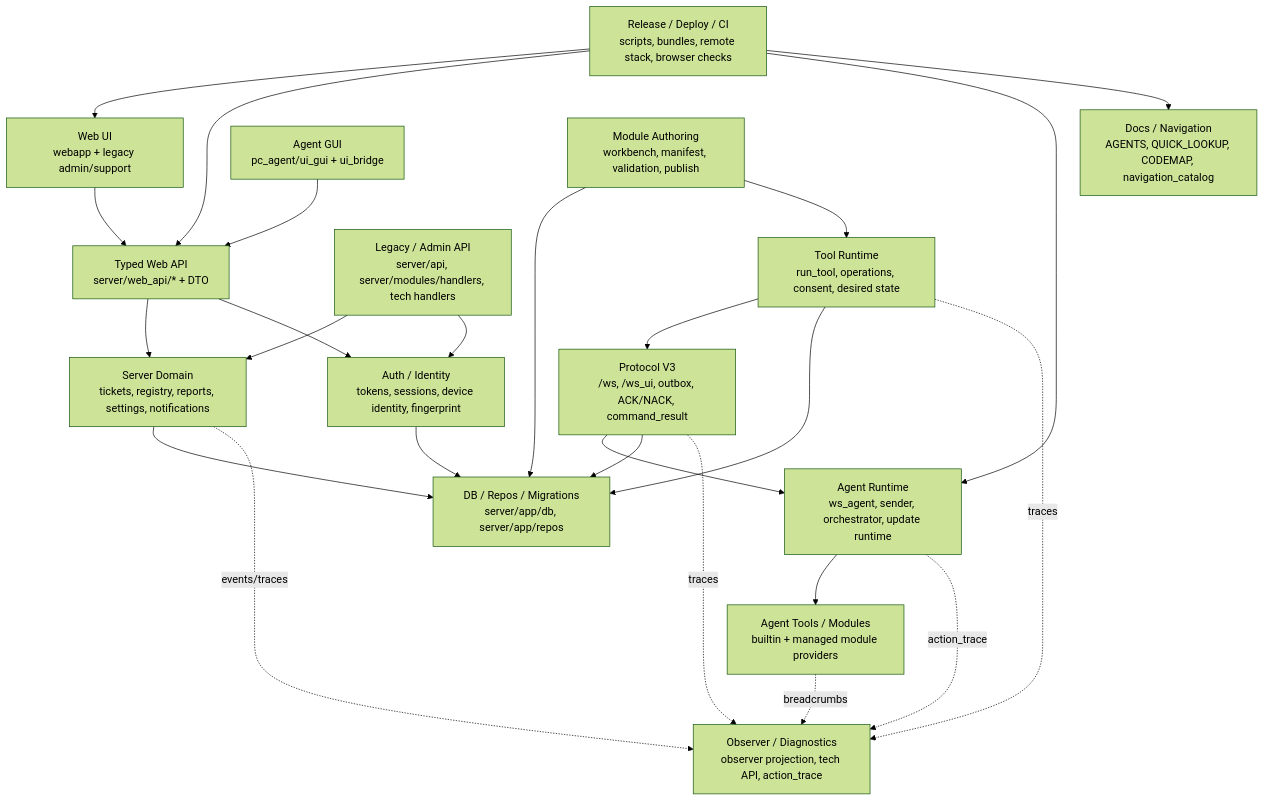
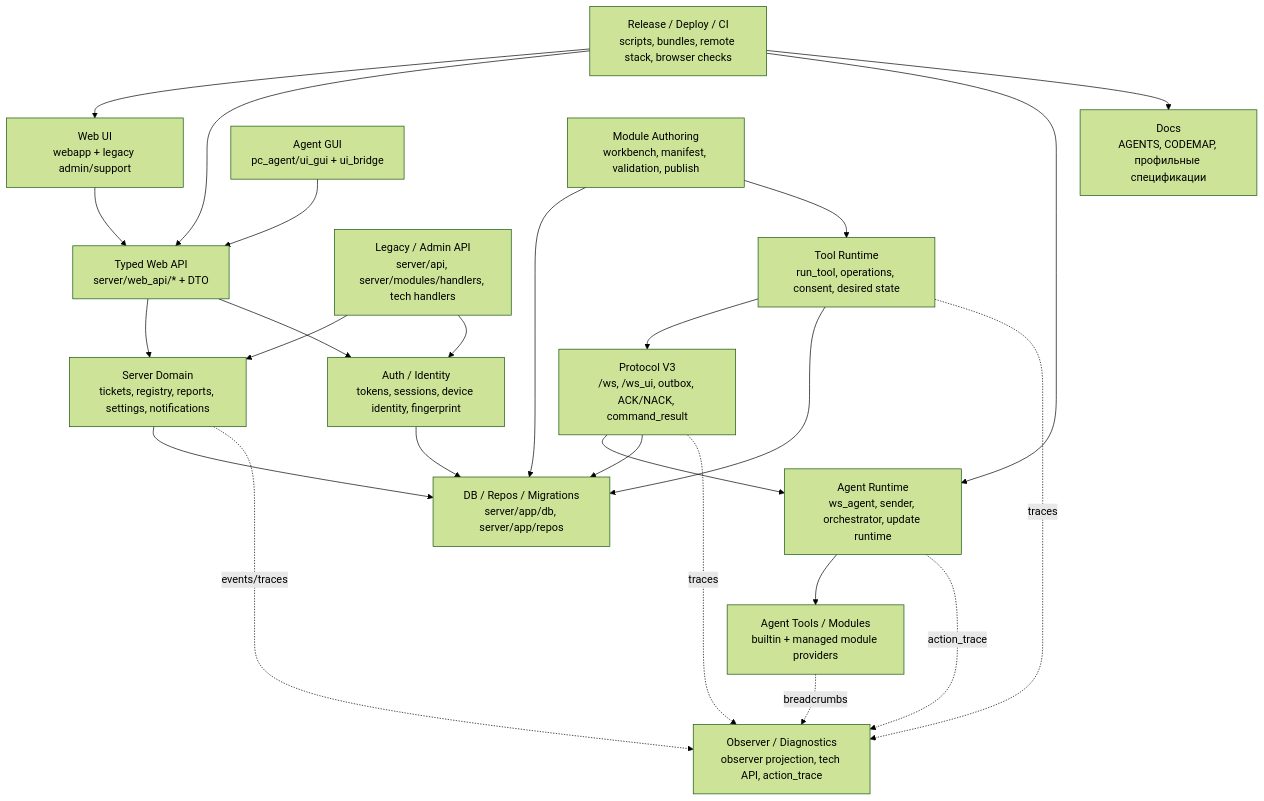
Before and after one commit to BorisDruzak/helpdesk: the diagram in docs/ARCHITECTURE_BOUNDARIES.md, drawn with Mermaid (forest theme). The commit also changed other lines of this file and 74 other files, not shown here.

````diff
--- a/docs/ARCHITECTURE_BOUNDARIES.md
+++ b/docs/ARCHITECTURE_BOUNDARIES.md
@@ -27,53 +25,53 @@
 ```mermaid
 flowchart TB
-    Docs["Docs / Navigation<br/>AGENTS, QUICK_LOOKUP, CODEMAP, navigation_catalog"]
+    Docs["Docs<br/>AGENTS, CODEMAP, профильные спецификации"]
 
     Web["Web UI<br/>webapp + legacy admin/support"]
     Gui["Agent GUI<br/>pc_agent/ui_gui + ui_bridge"]
 
     WebApi["Typed Web API<br/>server/web_api/* + DTO"]
     LegacyApi["Legacy / Admin API<br/>server/api, server/modules/handlers, tech handlers"]
 
     Domain["Server Domain<br/>tickets, registry, reports, settings, notifications"]
     Auth["Auth / Identity<br/>tokens, sessions, device identity, fingerprint"]
     DB["DB / Repos / Migrations<br/>server/app/db, server/app/repos"]
 
     ModuleAuthor["Module Authoring<br/>workbench, manifest, validation, publish"]
     ToolRuntime["Tool Runtime<br/>run_tool, operations, consent, desired state"]
 
     Protocol["Protocol V3<br/>/ws, /ws_ui, outbox, ACK/NACK, command_result"]
     AgentRuntime["Agent Runtime<br/>ws_agent, sender, orchestrator, update runtime"]
     AgentModules["Agent Tools / Modules<br/>builtin + managed module providers"]
 
     Observer["Observer / Diagnostics<br/>observer projection, tech API, action_trace"]
     Release["Release / Deploy / CI<br/>scripts, bundles, remote stack, browser checks"]
 
     Web --> WebApi
     Gui --> WebApi
     WebApi --> Domain
     LegacyApi --> Domain
     Domain --> DB
     Auth --> DB
     WebApi --> Auth
     LegacyApi --> Auth
 
     ModuleAuthor --> DB
     ModuleAuthor --> ToolRuntime
     ToolRuntime --> Protocol
     Protocol --> AgentRuntime
     AgentRuntime --> AgentModules
 
     ToolRuntime --> DB
     Protocol --> DB
 
     Domain -.events/traces.-> Observer
     ToolRuntime -.traces.-> Observer
     Protocol -.traces.-> Observer
     AgentRuntime -.action_trace.-> Observer
     AgentModules -.breadcrumbs.-> Observer
 
     Release --> Web
     Release --> WebApi
     Release --> AgentRuntime
     Release --> Docs
 ```
````
